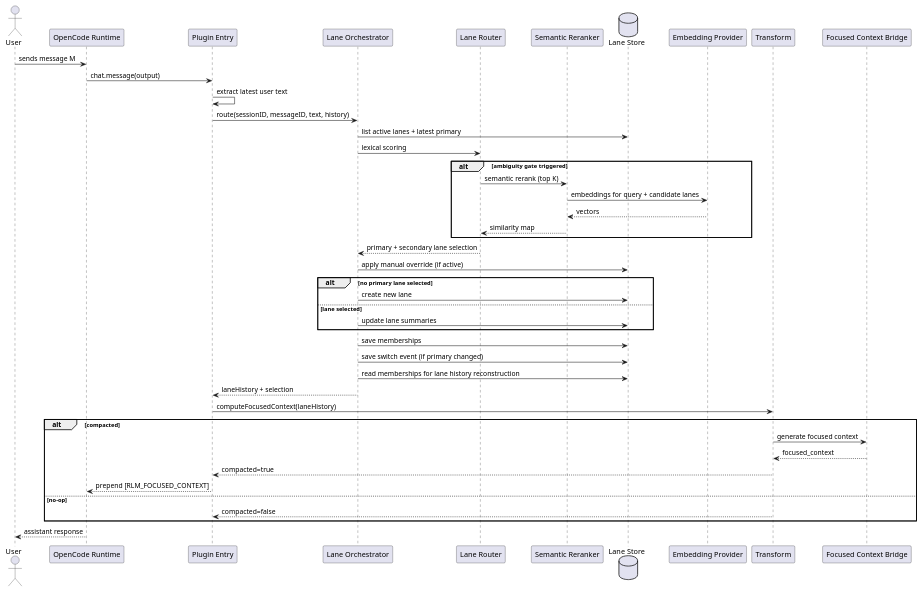
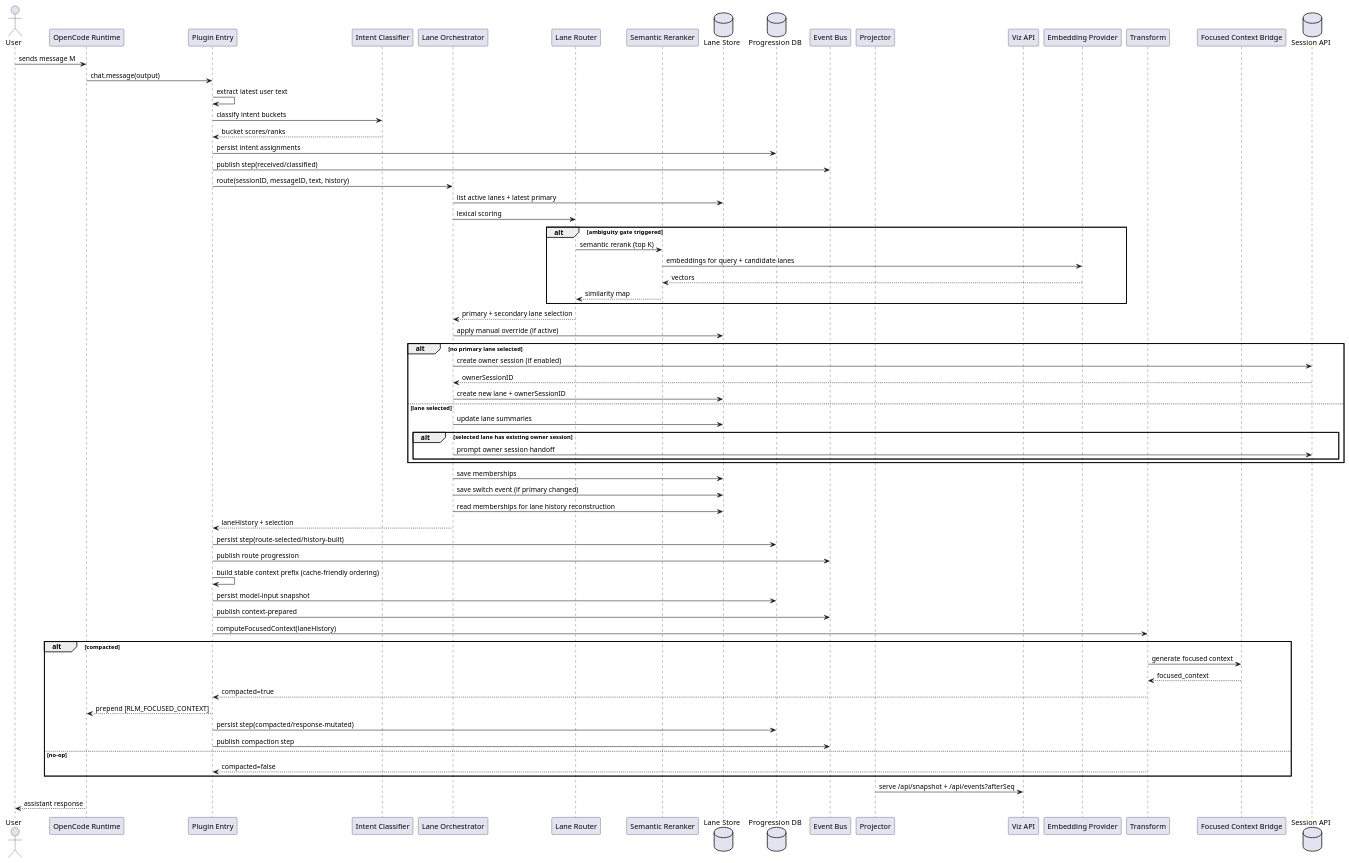
One commit to manorit2001/opencode-rlm-plugin changed the diagram in docs/uml/context-lanes-message-routing-sequence.puml. Above: the diagram before and after it, drawn with PlantUML. The commit also changed 13 other files, not shown here.

Commit message:
docs: expand lane architecture with events and delegation

```diff
--- a/docs/uml/context-lanes-message-routing-sequence.puml
+++ b/docs/uml/context-lanes-message-routing-sequence.puml
@@ -1,53 +1,78 @@
 @startuml
 actor User
 participant "OpenCode Runtime" as Runtime
 participant "Plugin Entry" as Entry
+participant "Intent Classifier" as Classifier
 participant "Lane Orchestrator" as Orch
 participant "Lane Router" as Router
 participant "Semantic Reranker" as Semantic
 database "Lane Store" as Store
+database "Progression DB" as EventStore
+participant "Event Bus" as EventBus
+participant "Projector" as Projector
+participant "Viz API" as VizAPI
 participant "Embedding Provider" as Embed
 participant "Transform" as Transform
 participant "Focused Context Bridge" as Bridge
+database "Session API" as SessionAPI
 
 User -> Runtime : sends message M
 Runtime -> Entry : chat.message(output)
 Entry -> Entry : extract latest user text
+Entry -> Classifier : classify intent buckets
+Classifier --> Entry : bucket scores/ranks
+Entry -> EventStore : persist intent assignments
+Entry -> EventBus : publish step(received/classified)
 Entry -> Orch : route(sessionID, messageID, text, history)
 
 Orch -> Store : list active lanes + latest primary
 Orch -> Router : lexical scoring
 
 alt ambiguity gate triggered
   Router -> Semantic : semantic rerank (top K)
   Semantic -> Embed : embeddings for query + candidate lanes
   Embed --> Semantic : vectors
   Semantic --> Router : similarity map
 end
 
 Router --> Orch : primary + secondary lane selection
 Orch -> Store : apply manual override (if active)
 
 alt no primary lane selected
-  Orch -> Store : create new lane
+  Orch -> SessionAPI : create owner session (if enabled)
+  SessionAPI --> Orch : ownerSessionID
+  Orch -> Store : create new lane + ownerSessionID
 else lane selected
   Orch -> Store : update lane summaries
+  alt selected lane has existing owner session
+    Orch -> SessionAPI : prompt owner session handoff
+  end
 end
 
 Orch -> Store : save memberships
 Orch -> Store : save switch event (if primary changed)
 Orch -> Store : read memberships for lane history reconstruction
 Orch --> Entry : laneHistory + selection
+Entry -> EventStore : persist step(route-selected/history-built)
+Entry -> EventBus : publish route progression
+
+Entry -> Entry : build stable context prefix (cache-friendly ordering)
+Entry -> EventStore : persist model-input snapshot
+Entry -> EventBus : publish context-prepared
 
 Entry -> Transform : computeFocusedContext(laneHistory)
 alt compacted
   Transform -> Bridge : generate focused context
   Bridge --> Transform : focused_context
   Transform --> Entry : compacted=true
   Entry --> Runtime : prepend [RLM_FOCUSED_CONTEXT]
+  Entry -> EventStore : persist step(compacted/response-mutated)
+  Entry -> EventBus : publish compaction step
 else no-op
   Transform --> Entry : compacted=false
 end
 
+Projector -> VizAPI : serve /api/snapshot + /api/events?afterSeq
+
 Runtime --> User : assistant response
 @enduml
```
